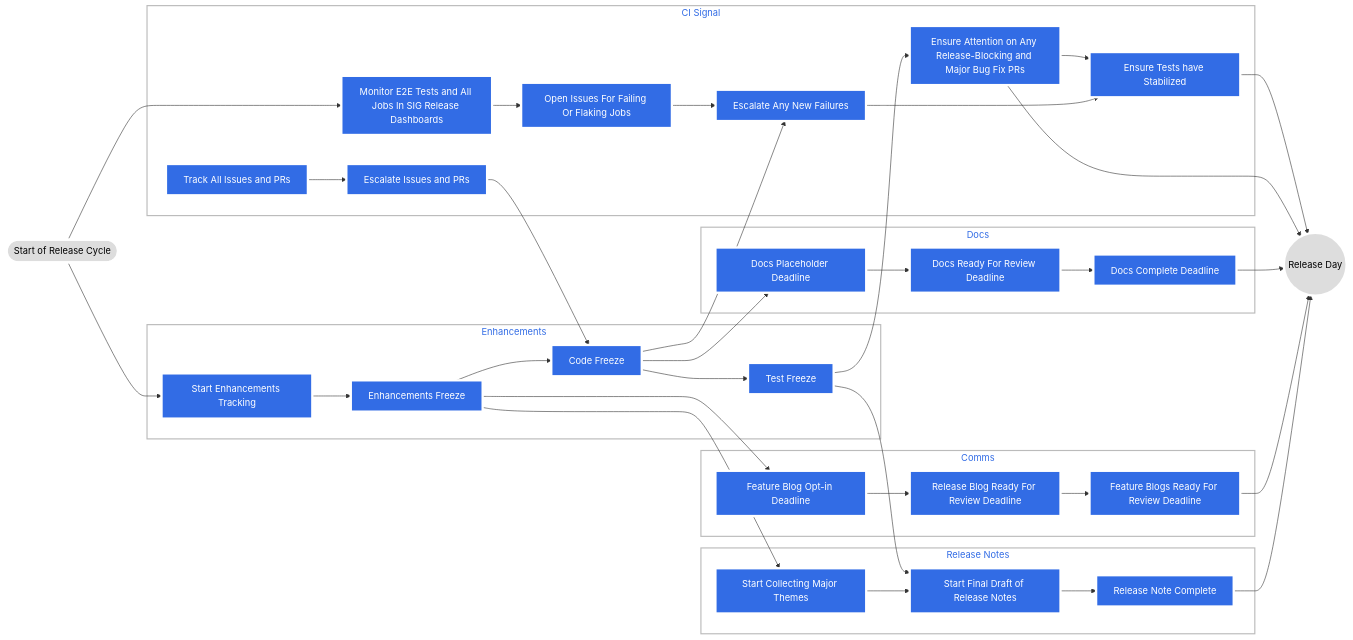
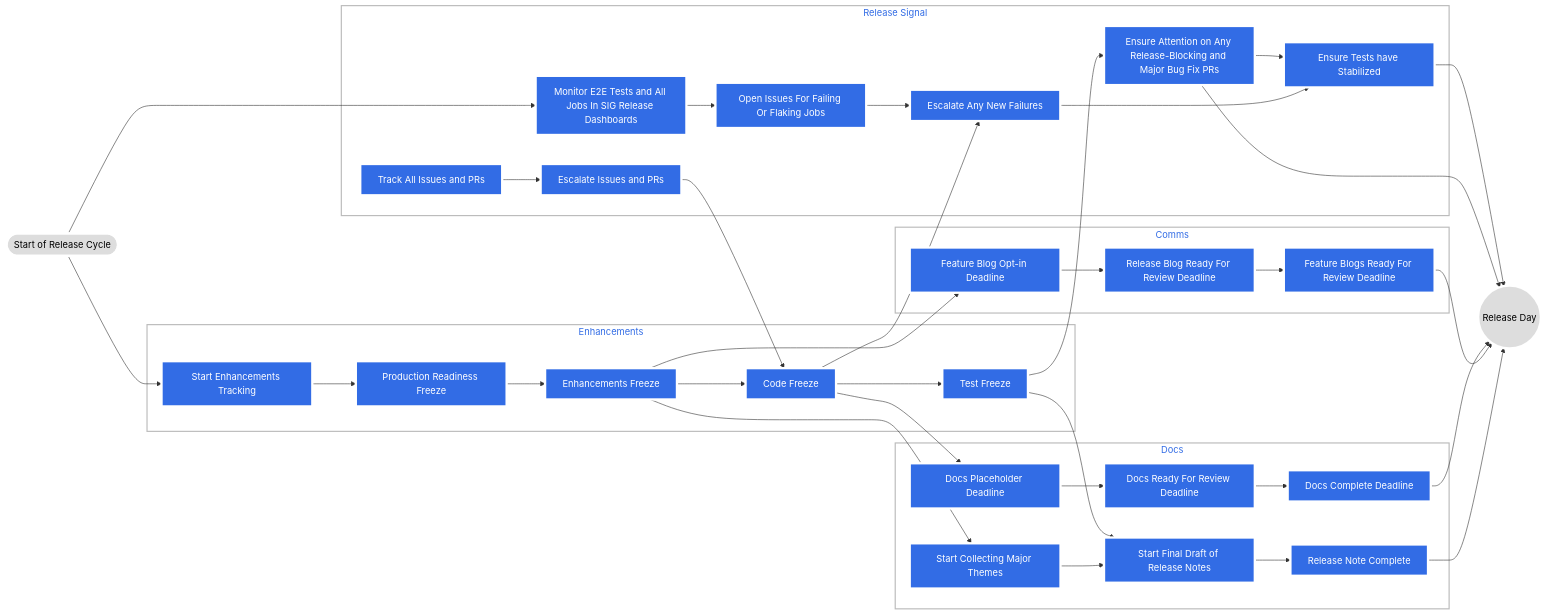
Before and after one commit to kubernetes/sig-release: the first of 2 diagrams in release-team/README.md, drawn with Mermaid. The commit also changed other lines of this file, not shown here.

Commit message:
adding updates to the Release Team README given team changes in recent cycles

````diff
--- a/release-team/README.md
+++ b/release-team/README.md
@@ -178,60 +178,58 @@
 ```mermaid
 graph LR
     START([Start of Release Cycle])
     START --> SET
     START --> MONITOR
     EF --> FBOD
     EF --> CMT
     EIP --> CF
     CF --> DPD
     TF --> FDRN
 
     END((Release Day))
     TEST --> END
     EAARB --> END
     DCF --> END
     FBRD --> END
     RNC --> END
 
     subgraph Enhancements
-        SET[Start Enhancements Tracking] --> EF[Enhancements Freeze]
+        SET[Start Enhancements Tracking] --> PRRF[Production Readiness Freeze]
+        PRRF --> EF[Enhancements Freeze]
         EF --> CF[Code Freeze]
         CF --> TF[Test Freeze]
     end
 
     subgraph Docs
         DPD[Docs Placeholder Deadline] --> DRD[Docs Ready For Review Deadline]
         DRD --> DCF[Docs Complete Deadline]
+        CMT[Start Collecting Major Themes] --> FDRN[Start Final Draft of Release Notes]
+        FDRN --> RNC[Release Note Complete]
     end
 
     subgraph Comms
         FBOD[Feature Blog Opt-in Deadline] --> RBRD[Release Blog Ready For Review Deadline]
         RBRD --> FBRD[Feature Blogs Ready For Review Deadline]
     end
 
-    subgraph Release Notes
-        CMT[Start Collecting Major Themes] --> FDRN[Start Final Draft of Release Notes]
-        FDRN --> RNC[Release Note Complete]
-    end
-
-    subgraph CI Signal
+    subgraph Release Signal
         TA[Track All Issues and PRs] --> EIP[Escalate Issues and PRs]
         MONITOR[Monitor E2E Tests and All Jobs In SIG Release Dashboards]
         MONITOR --> OPEN[Open Issues For Failing Or Flaking Jobs]
         CF --> ESCALATE[Escalate Any New Failures]
         TF --> EAARB[Ensure Attention on Any Release-Blocking and Major Bug Fix PRs]
         OPEN --> ESCALATE
         EAARB --> TEST[Ensure Tests have Stabilized]
         ESCALATE --> TEST
     end
 
     classDef cluster fill:#fff,stroke:#bbb,stroke-width:2px,color:#326ce5;
     classDef plain fill:#ddd,stroke:#fff,stroke-width:4px,color:#000;
     classDef k8s fill:#326ce5,stroke:#fff,stroke-width:4px,color:#fff;
     class START,END plain;
-    class SET,EF k8s;
+    class SET,PRRF,EF k8s;
     class DPD,DRD,DCF k8s;
     class FBOD,RBRD,FBRD k8s;
     class CMT,FDRN,RNC k8s;
     class MONITOR,OPEN,CF,ESCALATE,EAARB,TEST,TA,EIP,TF k8s;
 ```
````
